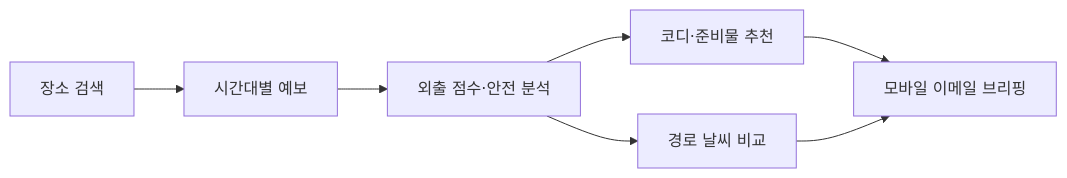
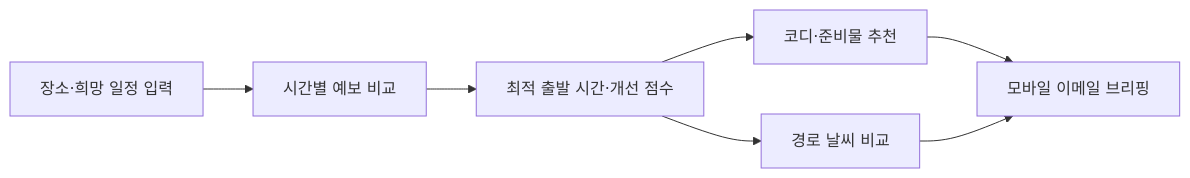
One commit to boclair98/Weather changed the first of 2 diagrams in README.md. Above: the diagram before and after it, drawn with Mermaid. The commit also changed other lines of this file and 5 other files, not shown here.

````diff
--- a/README.md
+++ b/README.md
@@ -46,9 +50,9 @@
 ```mermaid
 flowchart LR
-    A["장소 검색"] --> B["시간대별 예보"]
-    B --> C["외출 점수·안전 분석"]
+    A["장소·희망 일정 입력"] --> B["시간별 예보 비교"]
+    B --> C["최적 출발 시간·개선 점수"]
     C --> D["코디·준비물 추천"]
     C --> E["경로 날씨 비교"]
     D --> F["모바일 이메일 브리핑"]
     E --> F
 ```
````
